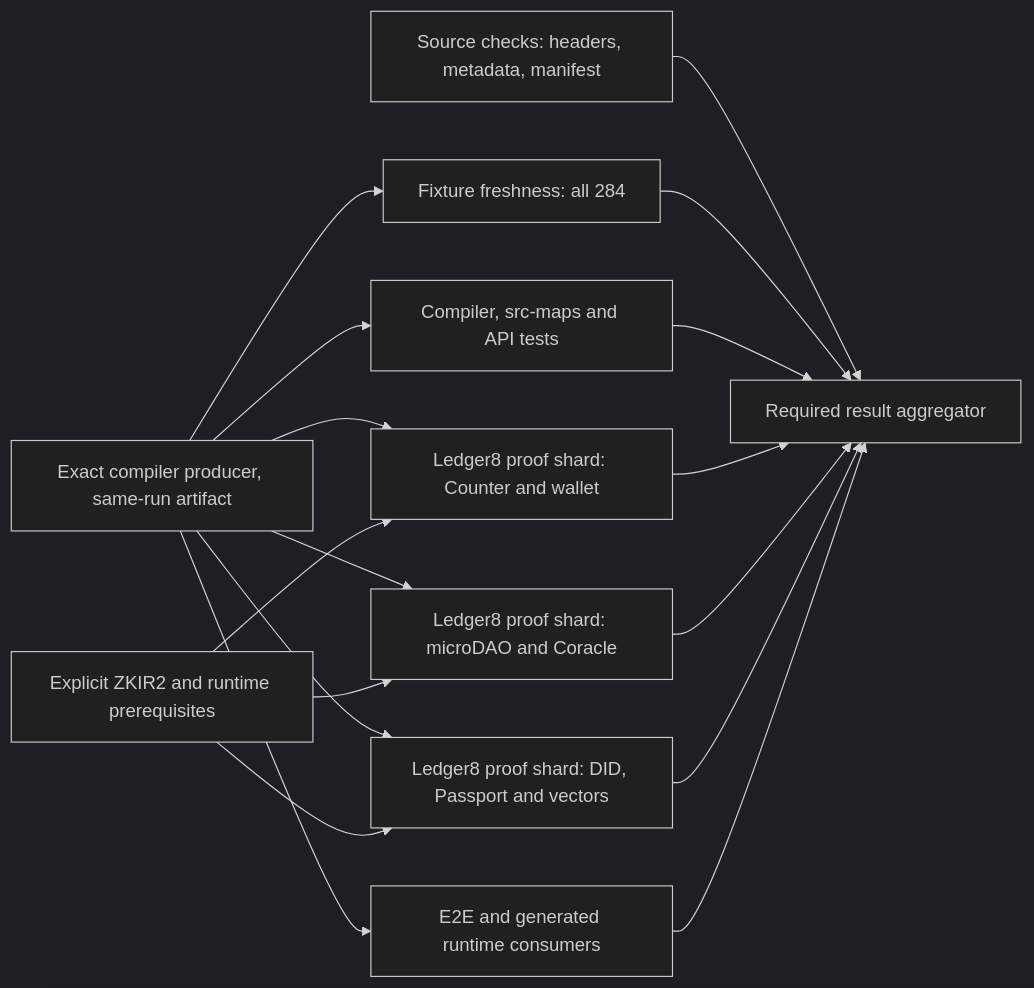
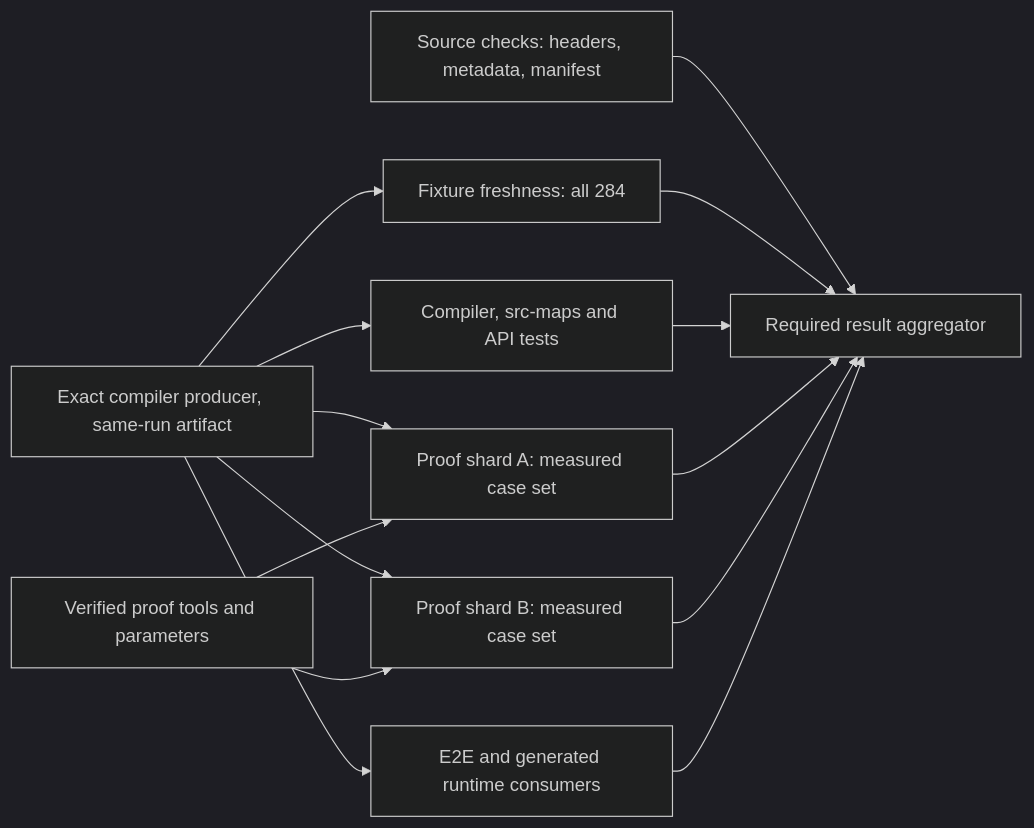
The diagram in doc/rust/plans/ci-test-graph.md (betsudo/compact), drawn with Mermaid (dark theme) before and after one commit. The commit also changed other lines of this file, not shown here.

Commit message:
docs(ci): base lanes on measured dependencies

````diff
--- a/doc/rust/plans/ci-test-graph.md
+++ b/doc/rust/plans/ci-test-graph.md
@@ -47,19 +47,16 @@
 ```mermaid
 flowchart LR
     S[Source checks: headers, metadata, manifest] --> G[Required result aggregator]
     C[Exact compiler producer, same-run artifact] --> F[Fixture freshness: all 284]
     C --> A[Compiler, src-maps and API tests]
-    C --> P1[Ledger8 proof shard: Counter and wallet]
-    C --> P2[Ledger8 proof shard: microDAO and Coracle]
-    C --> P3[Ledger8 proof shard: DID, Passport and vectors]
+    C --> P1[Proof shard A: measured case set]
+    C --> P2[Proof shard B: measured case set]
     C --> E[E2E and generated runtime consumers]
-    Z[Explicit ZKIR2 and runtime prerequisites] --> P1
+    Z[Verified proof tools and parameters] --> P1
     Z --> P2
-    Z --> P3
     F --> G
     A --> G
     P1 --> G
     P2 --> G
-    P3 --> G
     E --> G
 ```
````
